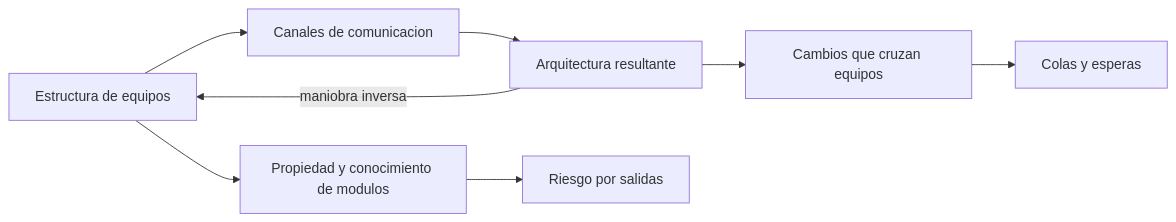
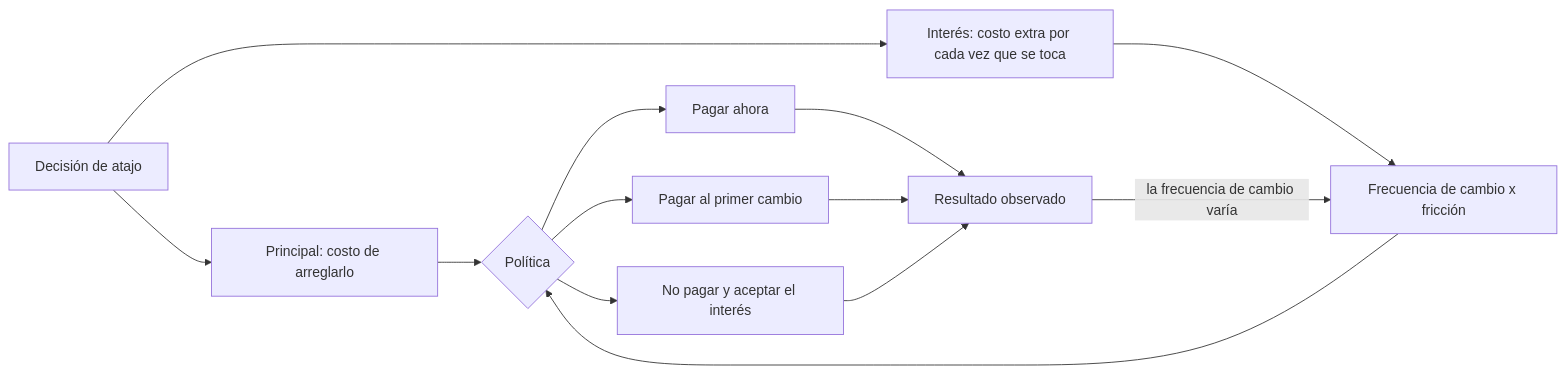
The diagram in content/part-25/SE-310.md (vladimiracunadev-create/modern-software-engineering-program), drawn with Mermaid before and after one commit. The commit also changed other lines of this file and 5193 other files, not shown here.

````diff
--- a/content/part-25/SE-310.md
+++ b/content/part-25/SE-310.md
@@ -54,10 +53,15 @@
 ```mermaid
 flowchart LR
-    O[Estructura de equipos] --> C[Canales de comunicacion]
-    C --> A[Arquitectura resultante]
-    A --> D[Cambios que cruzan equipos]
-    D --> Q[Colas y esperas]
-    O --> K[Propiedad y conocimiento de modulos]
-    K --> R[Riesgo por salidas]
-    A -->|maniobra inversa| O
+    A[Decisión de atajo] --> B[Principal: costo de arreglarlo]
+    A --> C[Interés: costo extra por cada vez que se toca]
+    C --> D[Frecuencia de cambio x fricción]
+    B --> E{Política}
+    D --> E
+    E --> F[Pagar ahora]
+    E --> G[Pagar al primer cambio]
+    E --> H[No pagar y aceptar el interés]
+    F --> I[Resultado observado]
+    G --> I
+    H --> I
+    I -->|la frecuencia de cambio varía| D
 ```
````
